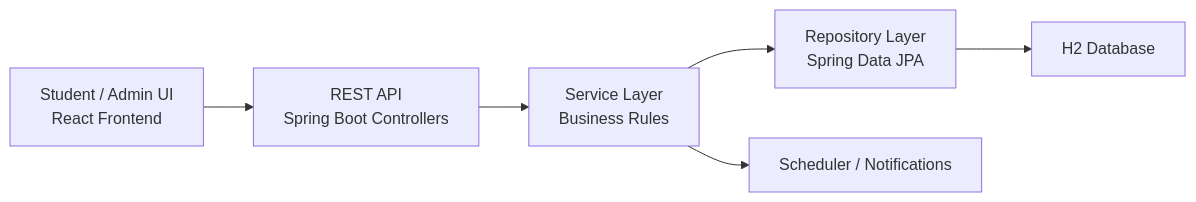
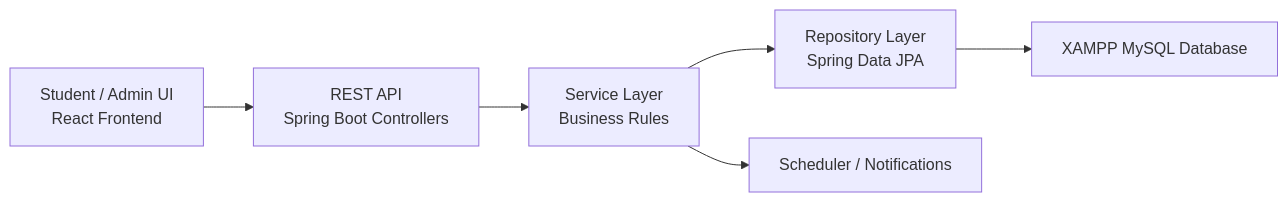
One commit to montassar1234/campus-resourcely changed the diagram in README.md. Above: the diagram before and after it, drawn with Mermaid. The commit also changed other lines of this file and 46 other files, not shown here.

````diff
--- a/README.md
+++ b/README.md
@@ -35,8 +35,8 @@
 ```mermaid
 flowchart LR
     A["Student / Admin UI<br/>React Frontend"] --> B["REST API<br/>Spring Boot Controllers"]
     B --> C["Service Layer<br/>Business Rules"]
     C --> D["Repository Layer<br/>Spring Data JPA"]
-    D --> E["H2 Database"]
+    D --> E["XAMPP MySQL Database"]
     C --> F["Scheduler / Notifications"]
 ```
````
